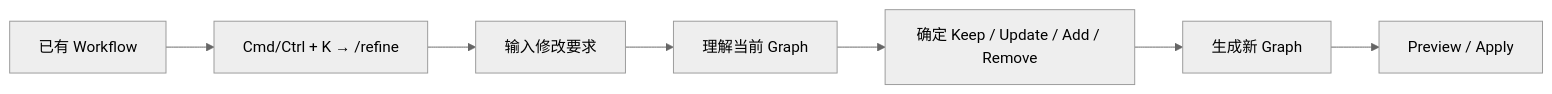
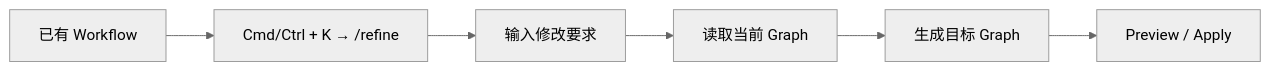
One commit to sgfd-ui/internship changed the third of 10 diagrams in weekly-report/dify-1.17-core-capabilities-research.md. Above: the diagram before and after it, drawn with Mermaid (neutral theme). The commit also changed other lines of this file, not shown here.

````diff
--- a/weekly-report/dify-1.17-core-capabilities-research.md
+++ b/weekly-report/dify-1.17-core-capabilities-research.md
@@ -126,9 +91,8 @@
 ```mermaid
 flowchart LR
     A[已有 Workflow] --> B["Cmd/Ctrl + K → /refine"]
     B --> C[输入修改要求]
-    C --> D[理解当前 Graph]
-    D --> E[确定 Keep / Update / Add / Remove]
-    E --> F[生成新 Graph]
-    F --> G[Preview / Apply]
+    C --> D[读取当前 Graph]
+    D --> E[生成目标 Graph]
+    E --> F[Preview / Apply]
 ```
````
